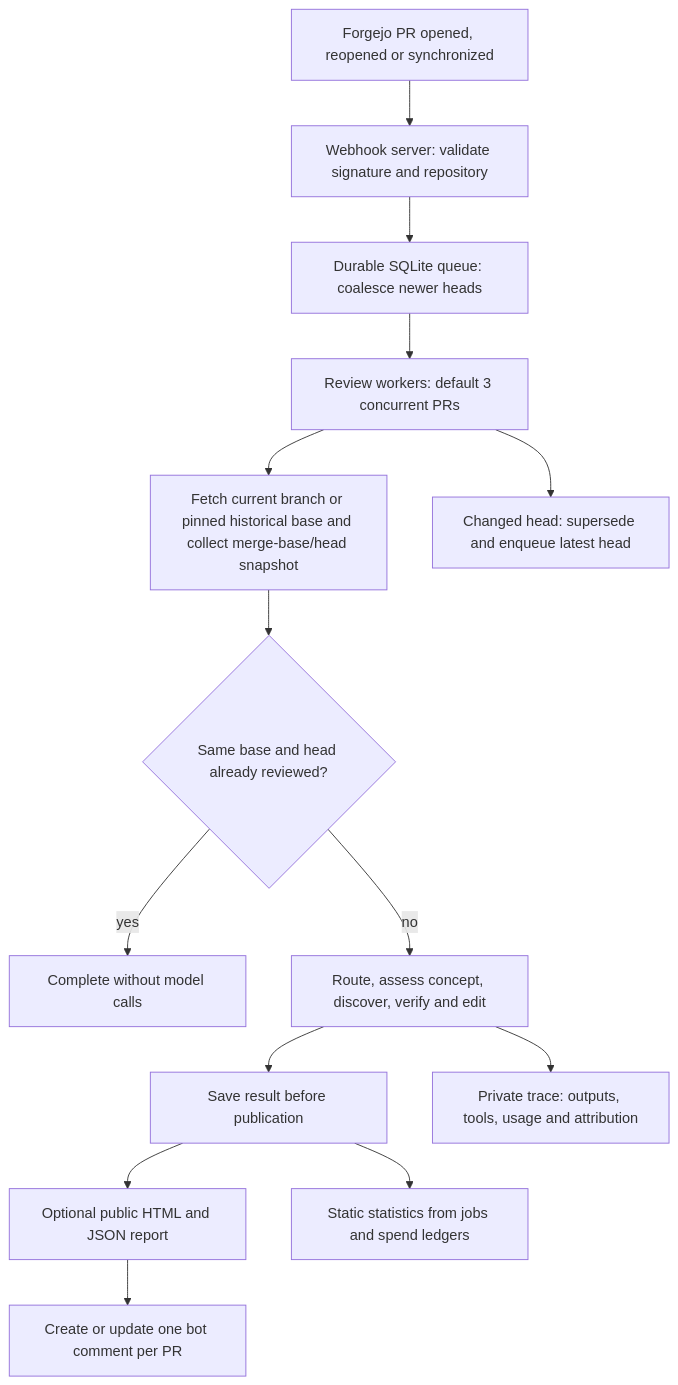
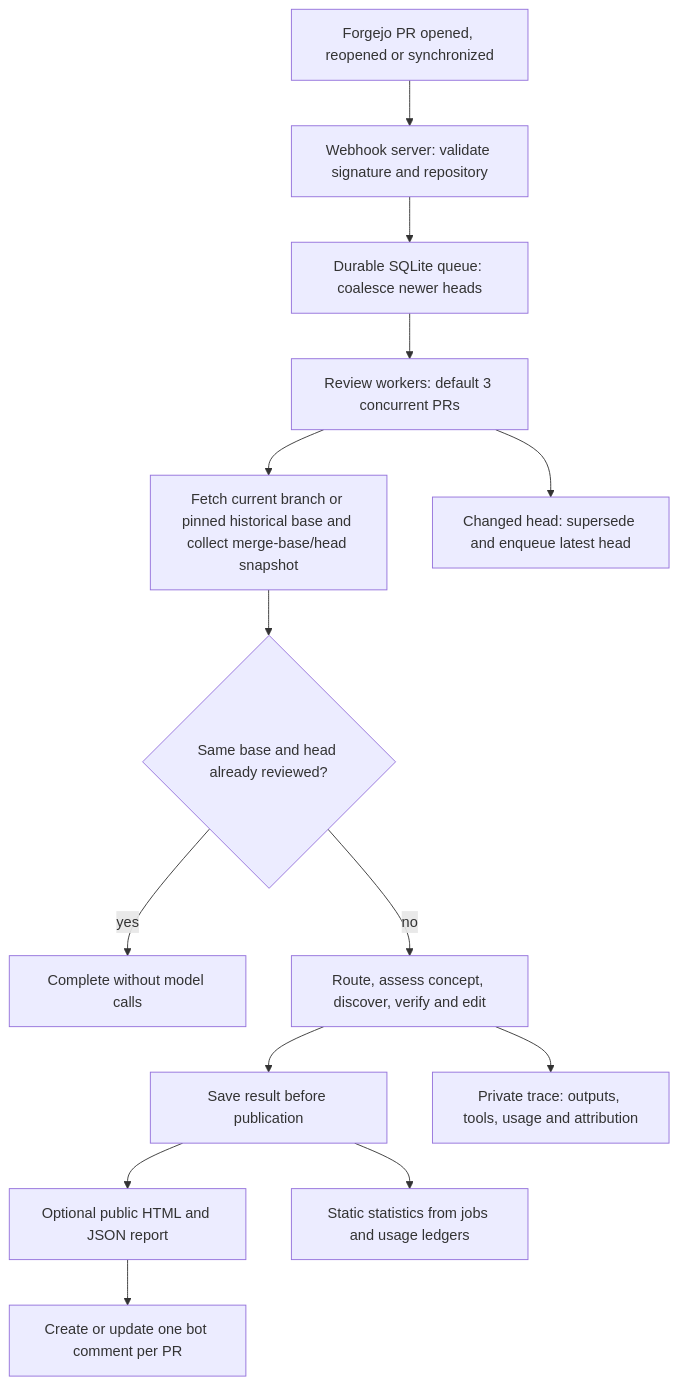
The diagram in pkgs/ralph-service/README.md (willcl-ark/nix), drawn with Mermaid before and after one commit. The commit also changed other lines of this file and 48 other files, not shown here.

````diff
--- a/pkgs/ralph-service/README.md
+++ b/pkgs/ralph-service/README.md
@@ -27,16 +27,16 @@
 ```mermaid
 flowchart TD
     event["Forgejo PR opened, reopened or synchronized"] --> webhook["Webhook server: validate signature and repository"]
     webhook --> queue["Durable SQLite queue: coalesce newer heads"]
     queue --> workers["Review workers: default 3 concurrent PRs"]
     workers --> collect["Fetch current branch or pinned historical base and collect merge-base/head snapshot"]
     collect --> existing{"Same base and head already reviewed?"}
     existing -->|yes| done["Complete without model calls"]
     existing -->|no| pipeline["Route, assess concept, discover, verify and edit"]
     pipeline --> saved["Save result before publication"]
     saved --> report["Optional public HTML and JSON report"]
     report --> publish["Create or update one bot comment per PR"]
     pipeline --> trace["Private trace: outputs, tools, usage and attribution"]
-    saved --> stats["Static statistics from jobs and spend ledgers"]
+    saved --> stats["Static statistics from jobs and usage ledgers"]
     workers --> stale["Changed head: supersede and enqueue latest head"]
 ```
````
